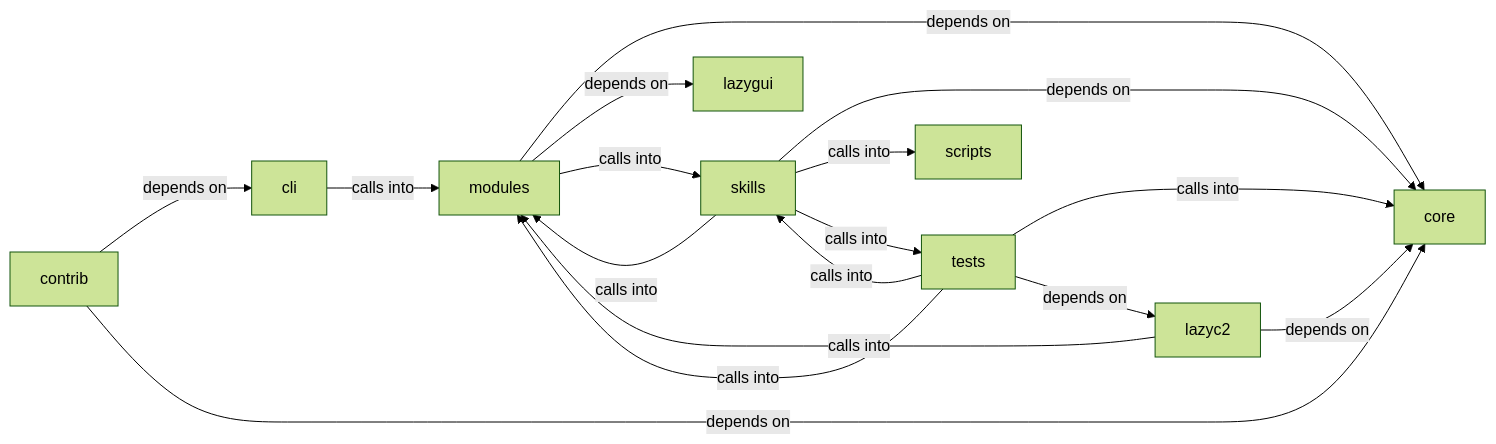
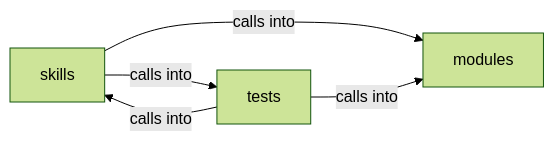
The diagram in readmenator-diagrams/modules_autonomous_daemon.md (grisuno/LazyOwn), drawn with Mermaid (forest theme) before and after one commit. The commit also changed other lines of this file and 451 other files, not shown here.

````diff
--- a/readmenator-diagrams/modules_autonomous_daemon.md
+++ b/readmenator-diagrams/modules_autonomous_daemon.md
@@ -5,28 +5,10 @@
 ```mermaid
 graph LR
-    cli["cli"]
-    contrib["contrib"]
-    core["core"]
-    lazyc2["lazyc2"]
-    lazygui["lazygui"]
     modules["modules"]
-    scripts["scripts"]
     skills["skills"]
     tests["tests"]
-    cli -- "calls into" --> modules
-    contrib -- "depends on" --> cli
-    contrib -- "depends on" --> core
-    lazyc2 -- "depends on" --> core
-    lazyc2 -- "calls into" --> modules
-    modules -- "depends on" --> core
-    modules -- "depends on" --> lazygui
-    modules -- "calls into" --> skills
-    skills -- "depends on" --> core
     skills -- "calls into" --> modules
-    skills -- "calls into" --> scripts
     skills -- "calls into" --> tests
-    tests -- "calls into" --> core
-    tests -- "depends on" --> lazyc2
     tests -- "calls into" --> modules
     tests -- "calls into" --> skills
 ```
````
